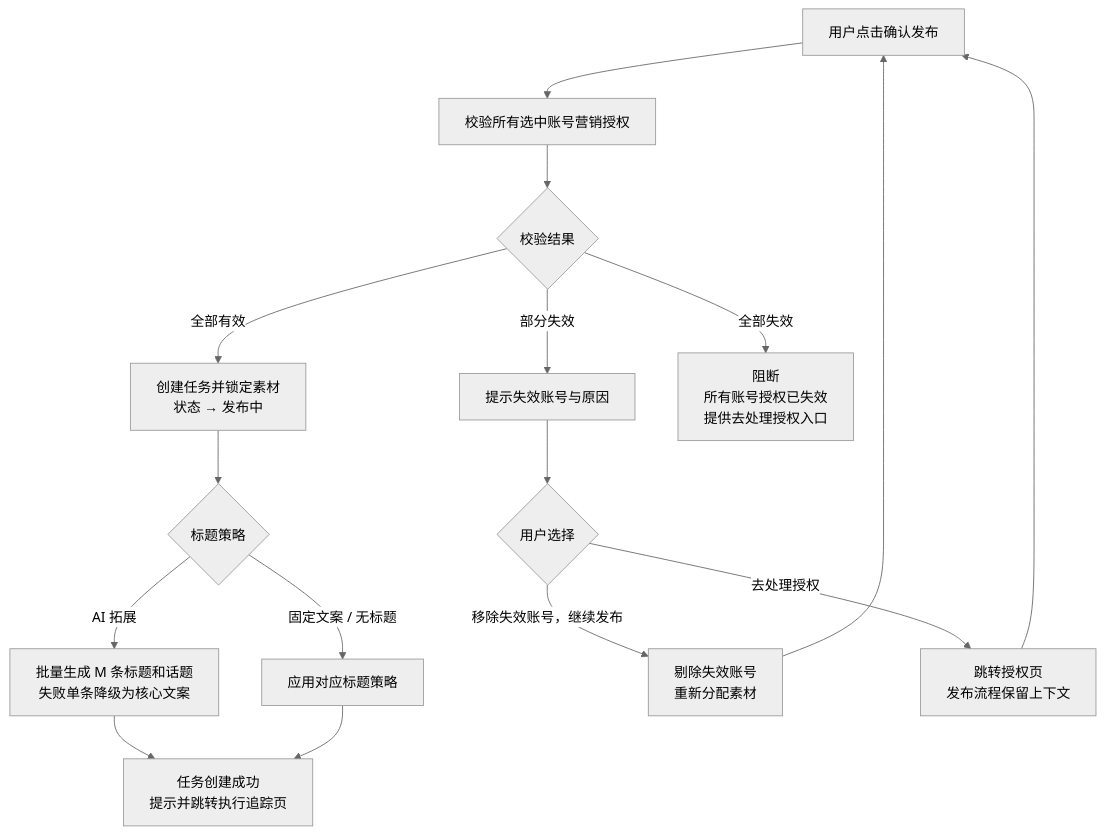
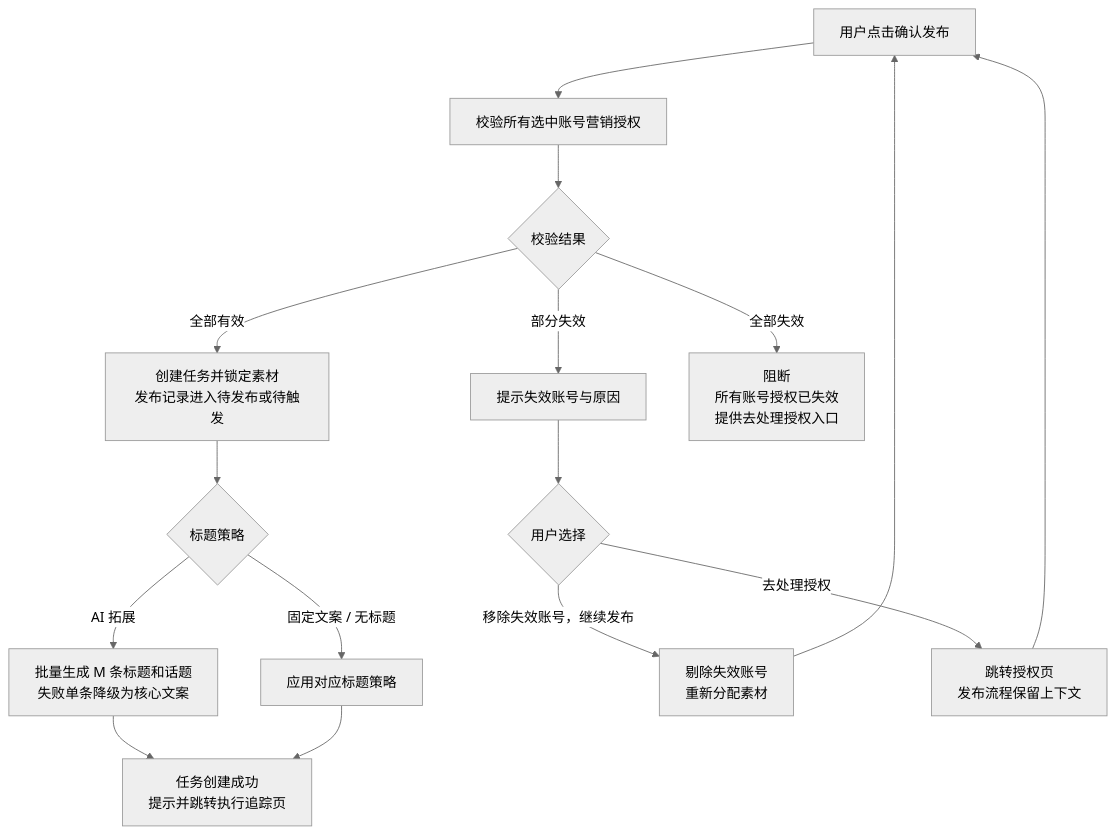
The second of 4 diagrams in PRD-v1.3-短视频运营专员.md (hunterandrabbits-a11y/AI-Army), drawn with Mermaid (neutral theme) before and after one commit. The commit also changed other lines of this file and 4 other files, not shown here.

````diff
--- a/PRD-v1.3-短视频运营专员.md
+++ b/PRD-v1.3-短视频运营专员.md
@@ -476,18 +477,18 @@
 ```mermaid
 flowchart TD
     A[用户点击确认发布] --> B[校验所有选中账号营销授权]
     B --> C{校验结果}
-    C -->|全部有效| D[创建任务并锁定素材<br/>状态 → 发布中]
+    C -->|全部有效| D[创建任务并锁定素材<br/>发布记录进入待发布或待触发]
     C -->|部分失效| E[提示失效账号与原因]
     C -->|全部失效| I[阻断<br/>所有账号授权已失效<br/>提供去处理授权入口]
     D --> D2{标题策略}
     D2 -->|AI 拓展| D3[批量生成 M 条标题和话题<br/>失败单条降级为核心文案]
     D2 -->|固定文案 / 无标题| D4[应用对应标题策略]
     D3 --> F[任务创建成功<br/>提示并跳转执行追踪页]
     D4 --> F
     E --> H{用户选择}
     H -->|移除失效账号，继续发布| J[剔除失效账号<br/>重新分配素材]
     H -->|去处理授权| K[跳转授权页<br/>发布流程保留上下文]
     J --> A
     K --> A
 ```
````
